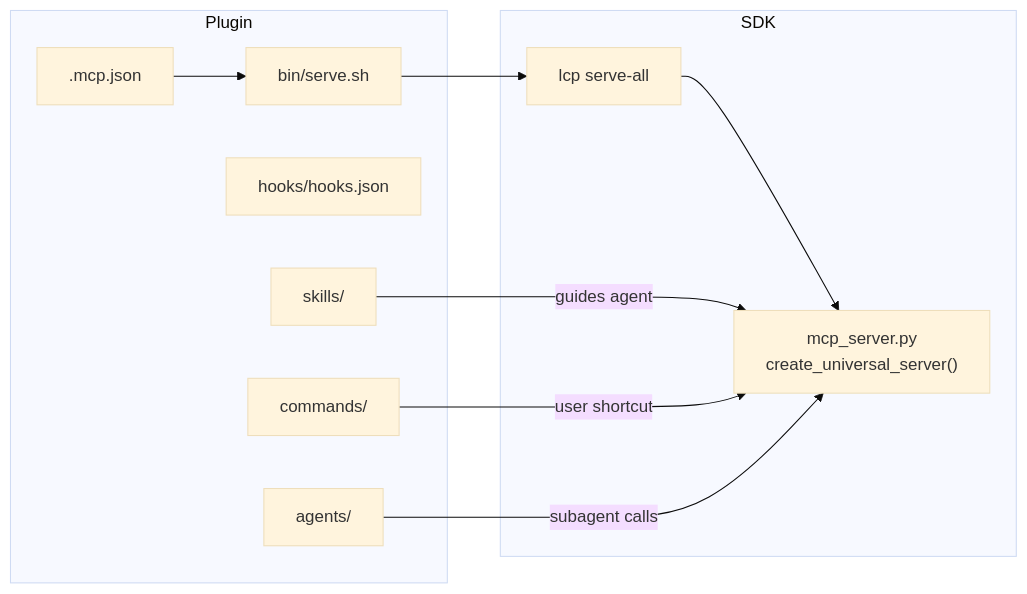
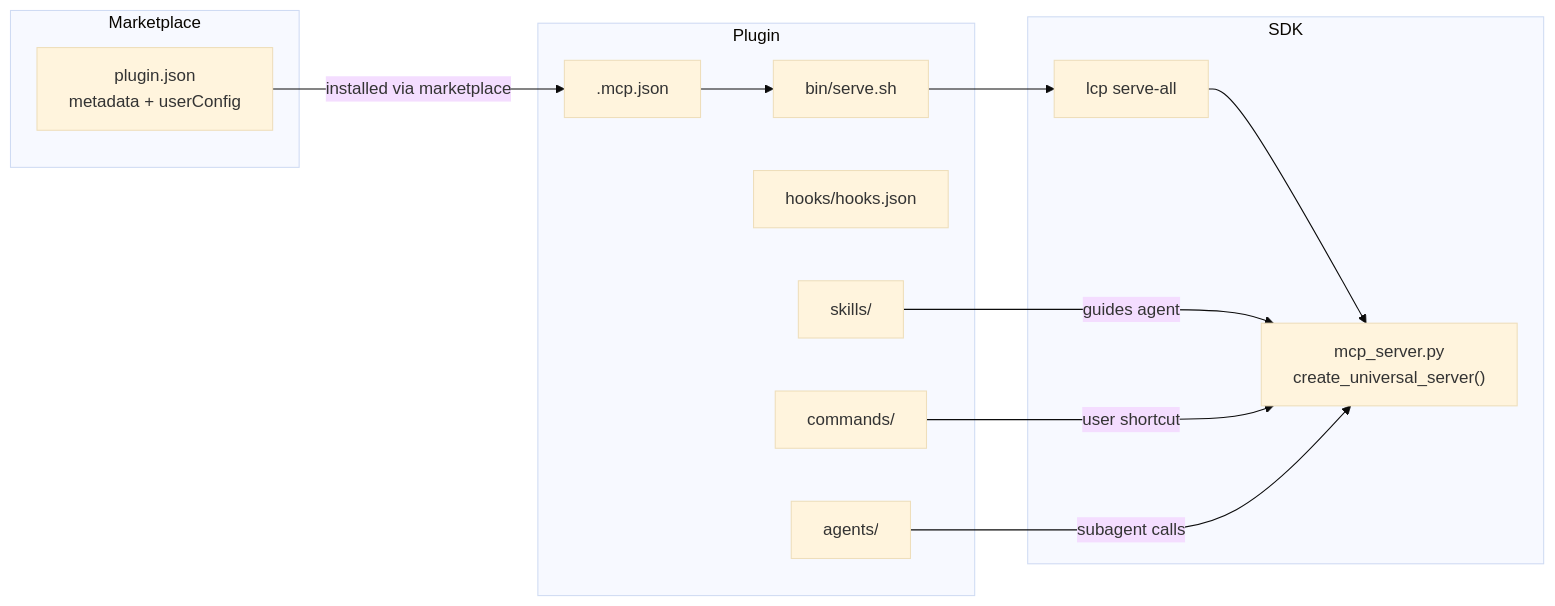
One commit to zazza123/lcp changed the third of 3 diagrams in docs/plugin/architecture.md. Above: the diagram before and after it, drawn with Mermaid (base theme). The commit also changed other lines of this file and 2 other files, not shown here.

First line of the commit message:
DOC: Update Claude Code plugin docs with marketplace integration

````diff
--- a/docs/plugin/architecture.md
+++ b/docs/plugin/architecture.md
@@ -99,17 +114,21 @@
 ```mermaid
 flowchart LR
+    subgraph Marketplace
+        MP["plugin.json\nmetadata + userConfig"]
+    end
     subgraph Plugin
         A[".mcp.json"] --> B["bin/serve.sh"]
         C["hooks/hooks.json"]
         D["skills/"]
         E["commands/"]
         F["agents/"]
     end
     subgraph SDK
         B --> G["lcp serve-all"]
         G --> H["mcp_server.py\ncreate_universal_server()"]
     end
+    MP --> |"installed via marketplace"| A
     D --> |"guides agent"| H
     E --> |"user shortcut"| H
     F --> |"subagent calls"| H
 ```
````
